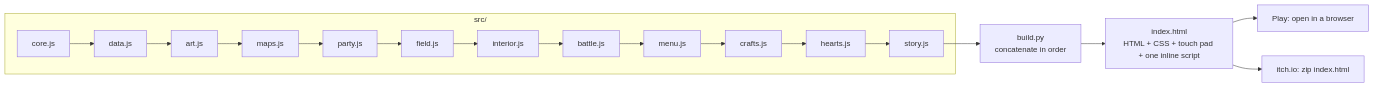
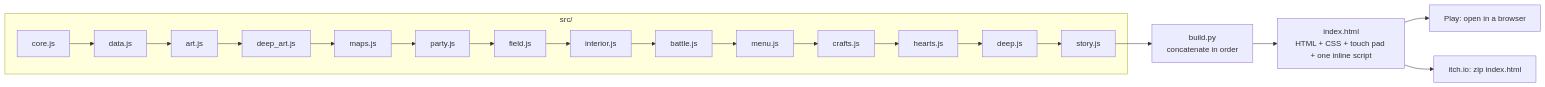
One commit to CptNope/Laternfall changed the first of 15 diagrams in docs/ARCHITECTURE.md. Above: the diagram before and after it, drawn with Mermaid. The commit also changed other lines of this file and 27 other files, not shown here.

````diff
--- a/docs/ARCHITECTURE.md
+++ b/docs/ARCHITECTURE.md
@@ -41,10 +41,10 @@
 ```mermaid
 flowchart LR
     subgraph src/
-      core[core.js] --> data[data.js] --> art[art.js] --> maps[maps.js] --> party[party.js] --> field[field.js] --> interior[interior.js] --> battle[battle.js] --> menu[menu.js] --> crafts[crafts.js] --> hearts[hearts.js] --> story[story.js]
+      core[core.js] --> data[data.js] --> art[art.js] --> dart[deep_art.js] --> maps[maps.js] --> party[party.js] --> field[field.js] --> interior[interior.js] --> battle[battle.js] --> menu[menu.js] --> crafts[crafts.js] --> hearts[hearts.js] --> deep[deep.js] --> story[story.js]
     end
     story --> B[build.py<br/>concatenate in order]
     B --> H[index.html<br/>HTML + CSS + touch pad + one inline script]
     H --> P[Play: open in a browser]
     H --> I[itch.io: zip index.html]
 ```
````
